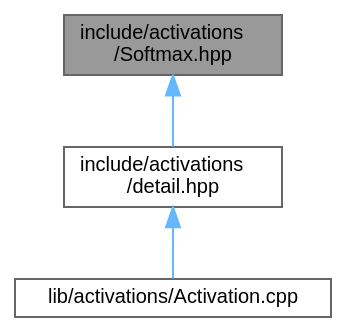
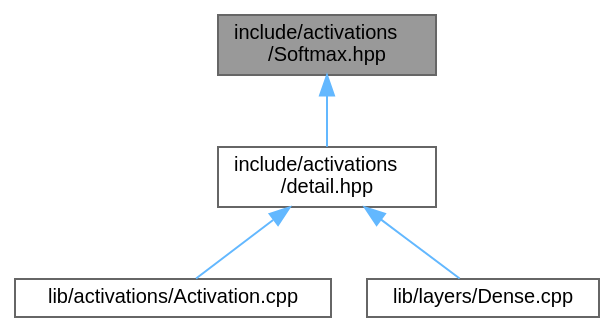
One commit to Nalin-Angrish/FlexNN changed the diagram in Softmax_8hpp__dep__incl.dot. Above: the diagram before and after it, drawn with Graphviz. The commit also changed 153 other files, not shown here.

```diff
--- a/Softmax_8hpp__dep__incl.dot
+++ b/Softmax_8hpp__dep__incl.dot
@@ -1,12 +1,14 @@
 digraph "include/activations/Softmax.hpp"
 {
  // LATEX_PDF_SIZE
   bgcolor="transparent";
   edge [fontname=Helvetica,fontsize=10,labelfontname=Helvetica,labelfontsize=10];
   node [fontname=Helvetica,fontsize=10,shape=box,height=0.2,width=0.4];
   Node1 [id="Node000001",label="include/activations\l/Softmax.hpp",height=0.2,width=0.4,color="gray40", fillcolor="grey60", style="filled", fontcolor="black",tooltip="Stable column-wise softmax."];
   Node1 -> Node2 [id="edge1_Node000001_Node000002",dir="back",color="steelblue1",style="solid",tooltip=" "];
   Node2 [id="Node000002",label="include/activations\l/detail.hpp",height=0.2,width=0.4,color="grey40", fillcolor="white", style="filled",URL="$detail_8hpp.html",tooltip="Convenience re-export for activation detail headers."];
   Node2 -> Node3 [id="edge2_Node000002_Node000003",dir="back",color="steelblue1",style="solid",tooltip=" "];
   Node3 [id="Node000003",label="lib/activations/Activation.cpp",height=0.2,width=0.4,color="grey40", fillcolor="white", style="filled",URL="$Activation_8cpp.html",tooltip="Implements FlexNN::Activations helpers (to_string, try_parse, dispatch)."];
+  Node2 -> Node4 [id="edge3_Node000002_Node000004",dir="back",color="steelblue1",style="solid",tooltip=" "];
+  Node4 [id="Node000004",label="lib/layers/Dense.cpp",height=0.2,width=0.4,color="grey40", fillcolor="white", style="filled",URL="$Dense_8cpp.html",tooltip="Implements FlexNN::Layers::Dense forward/backward/update."];
 }
```
